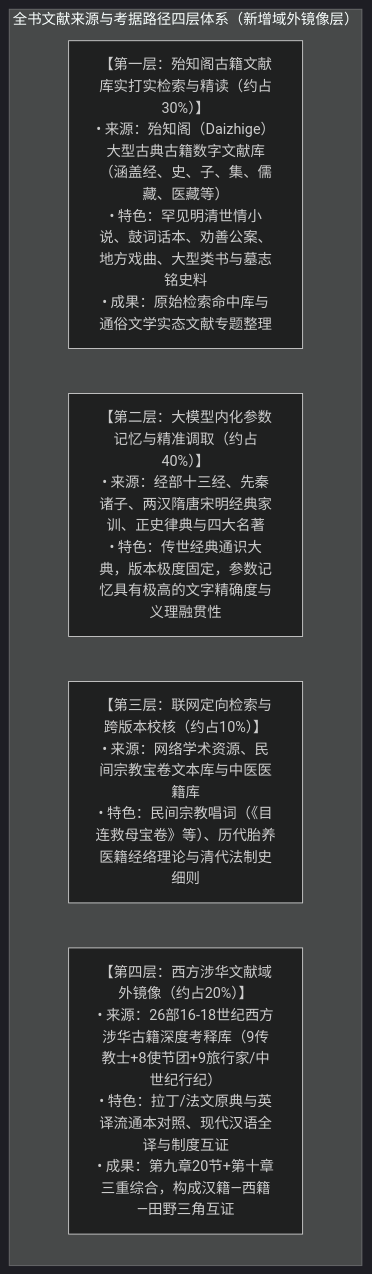
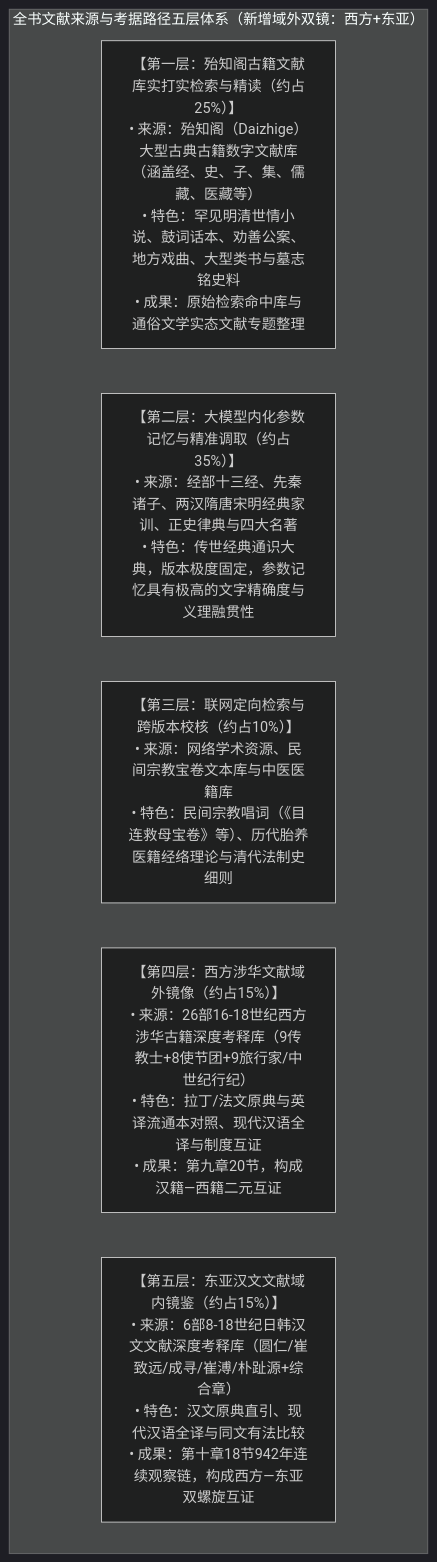
Before and after one commit to siying/aiarticles: the third of 3 diagrams in articles/古代育儿观念研究.md, drawn with Mermaid (dark theme). The commit also changed other lines of this file, not shown here.

````diff
--- a/articles/古代育儿观念研究.md
+++ b/articles/古代育儿观念研究.md
@@ -2077,12 +2356,14 @@
 ```mermaid
 graph TD
-    subgraph "全书文献来源与考据路径四层体系（新增域外镜像层）"
-        L1["【第一层：殆知阁古籍文献库实打实检索与精读（约占30%）】<br/>• 来源：殆知阁（Daizhige）大型古典古籍数字文献库（涵盖经、史、子、集、儒藏、医藏等）<br/>• 特色：罕见明清世情小说、鼓词话本、劝善公案、地方戏曲、大型类书与墓志铭史料<br/>• 成果：原始检索命中库与通俗文学实态文献专题整理"]
+    subgraph "全书文献来源与考据路径五层体系（新增域外双镜：西方+东亚）"
+        L1["【第一层：殆知阁古籍文献库实打实检索与精读（约占25%）】<br/>• 来源：殆知阁（Daizhige）大型古典古籍数字文献库（涵盖经、史、子、集、儒藏、医藏等）<br/>• 特色：罕见明清世情小说、鼓词话本、劝善公案、地方戏曲、大型类书与墓志铭史料<br/>• 成果：原始检索命中库与通俗文学实态文献专题整理"]
 
-        L2["【第二层：大模型内化参数记忆与精准调取（约占40%）】<br/>• 来源：经部十三经、先秦诸子、两汉隋唐宋明经典家训、正史律典与四大名著<br/>• 特色：传世经典通识大典，版本极度固定，参数记忆具有极高的文字精确度与义理融贯性"]
+        L2["【第二层：大模型内化参数记忆与精准调取（约占35%）】<br/>• 来源：经部十三经、先秦诸子、两汉隋唐宋明经典家训、正史律典与四大名著<br/>• 特色：传世经典通识大典，版本极度固定，参数记忆具有极高的文字精确度与义理融贯性"]
 
         L3["【第三层：联网定向检索与跨版本校核（约占10%）】<br/>• 来源：网络学术资源、民间宗教宝卷文本库与中医医籍库<br/>• 特色：民间宗教唱词（《目连救母宝卷》等）、历代胎养医籍经络理论与清代法制史细则"]
 
-        L4["【第四层：西方涉华文献域外镜像（约占20%）】<br/>• 来源：26部16-18世纪西方涉华古籍深度考释库（9传教士+8使节团+9旅行家/中世纪行纪）<br/>• 特色：拉丁/法文原典与英译流通本对照、现代汉语全译与制度互证<br/>• 成果：第九章20节+第十章三重综合，构成汉籍—西籍—田野三角互证"]
+        L4["【第四层：西方涉华文献域外镜像（约占15%）】<br/>• 来源：26部16-18世纪西方涉华古籍深度考释库（9传教士+8使节团+9旅行家/中世纪行纪）<br/>• 特色：拉丁/法文原典与英译流通本对照、现代汉语全译与制度互证<br/>• 成果：第九章20节，构成汉籍—西籍二元互证"]
+
+        L5["【第五层：东亚汉文文献域内镜鉴（约占15%）】<br/>• 来源：6部8-18世纪日韩汉文文献深度考释库（圆仁/崔致远/成寻/崔溥/朴趾源+综合章）<br/>• 特色：汉文原典直引、现代汉语全译与同文有法比较<br/>• 成果：第十章18节942年连续观察链，构成西方—东亚双螺旋互证"]
     end
 ```
````
